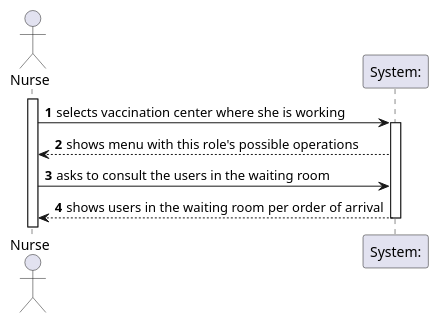
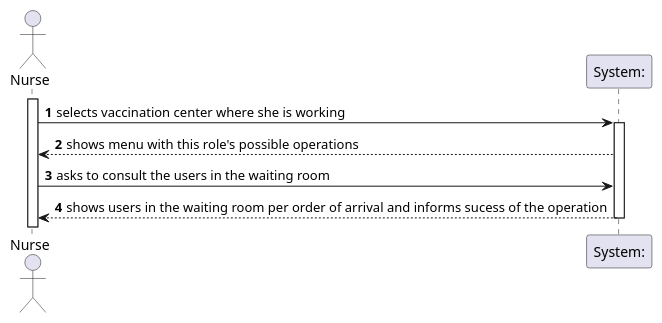
Before and after one commit to osnilas/SNSsystem: the diagram in docs/SprintC/US005/US005_SSD.puml, drawn with PlantUML. The commit also changed 7 other files, not shown here.

```diff
--- a/docs/SprintC/US005/US005_SSD.puml
+++ b/docs/SprintC/US005/US005_SSD.puml
@@ -1,16 +1,16 @@
 @startuml
 'https://plantuml.com/sequence-diagram
 
 autonumber
 
 autonumber
 actor "Nurse" as nurse
 
 activate nurse
 nurse-> "System:" : selects vaccination center where she is working
 activate "System:"
 "System:" --> nurse : shows menu with this role's possible operations
 nurse-> "System:" : asks to consult the users in the waiting room
-"System:" --> nurse : shows users in the waiting room per order of arrival
+"System:" --> nurse : shows users in the waiting room per order of arrival and informs sucess of the operation
 deactivate "System:"
 @enduml
```
